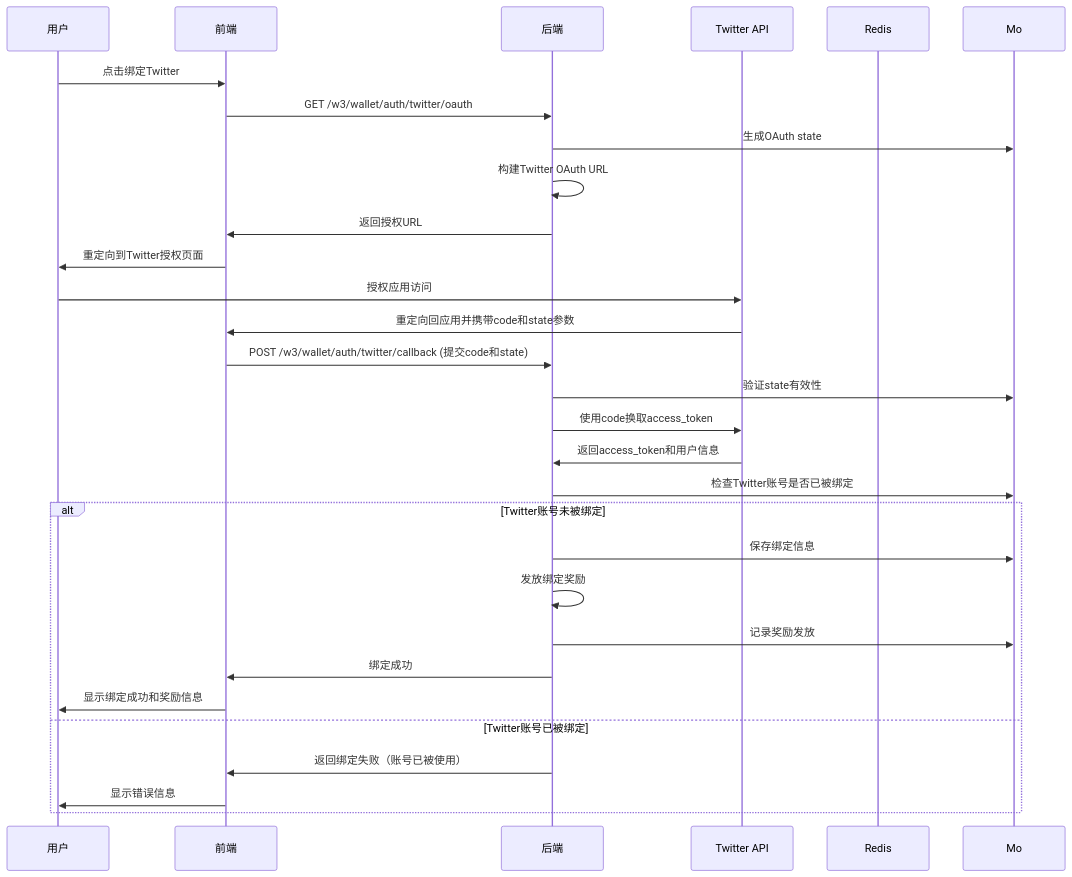
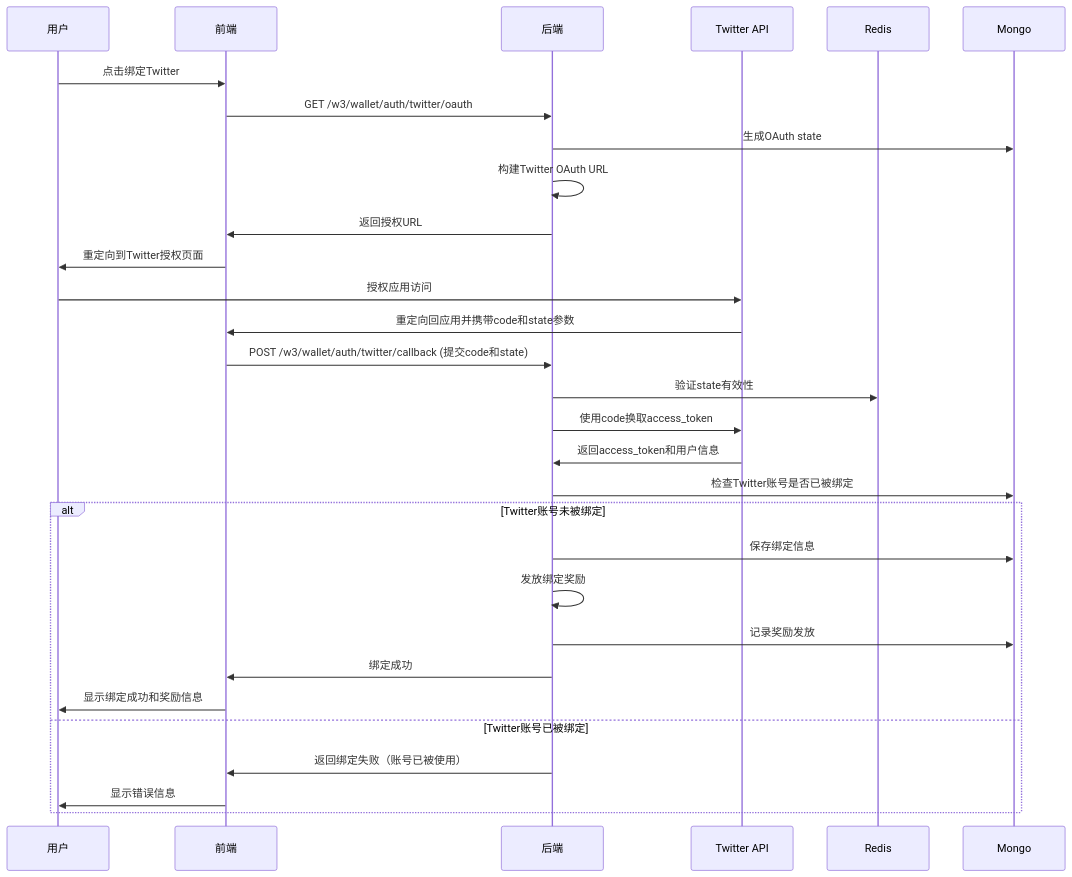
One commit to yingjianzh/iodraw-files changed the diagram in all/未命名-73.md. Above: the diagram before and after it, drawn with Mermaid.

Commit message:
2025-07-07 10:54:37 update

````diff
--- a/all/未命名-73.md
+++ b/all/未命名-73.md
@@ -1,38 +1,38 @@
 ```mermaid
 
 sequenceDiagram
     participant User as 用户
     participant Frontend as 前端
     participant Backend as 后端
     participant Twitter as Twitter API
     participant Redis as Redis
-    participant DB as Mo
+    participant DB as Mongo
 
 
     User->>Frontend: 点击绑定Twitter
     Frontend->>Backend: GET /w3/wallet/auth/twitter/oauth
     Backend->>DB: 生成OAuth state
     Backend->>Backend: 构建Twitter OAuth URL
     Backend->>Frontend: 返回授权URL
     Frontend->>User: 重定向到Twitter授权页面
     
     User->>Twitter: 授权应用访问
     Twitter->>Frontend: 重定向回应用并携带code和state参数
     Frontend->>Backend: POST /w3/wallet/auth/twitter/callback (提交code和state)
-    Backend->>DB: 验证state有效性
+    Backend->>Redis: 验证state有效性
     Backend->>Twitter: 使用code换取access_token
     Twitter->>Backend: 返回access_token和用户信息
     Backend->>DB: 检查Twitter账号是否已被绑定
     
     alt Twitter账号未被绑定
         Backend->>DB: 保存绑定信息
         Backend->>Backend: 发放绑定奖励
         Backend->>DB: 记录奖励发放
         Backend->>Frontend: 绑定成功
         Frontend->>User: 显示绑定成功和奖励信息
     else Twitter账号已被绑定
         Backend->>Frontend: 返回绑定失败（账号已被使用）
         Frontend->>User: 显示错误信息
     end
 
 ```
````
